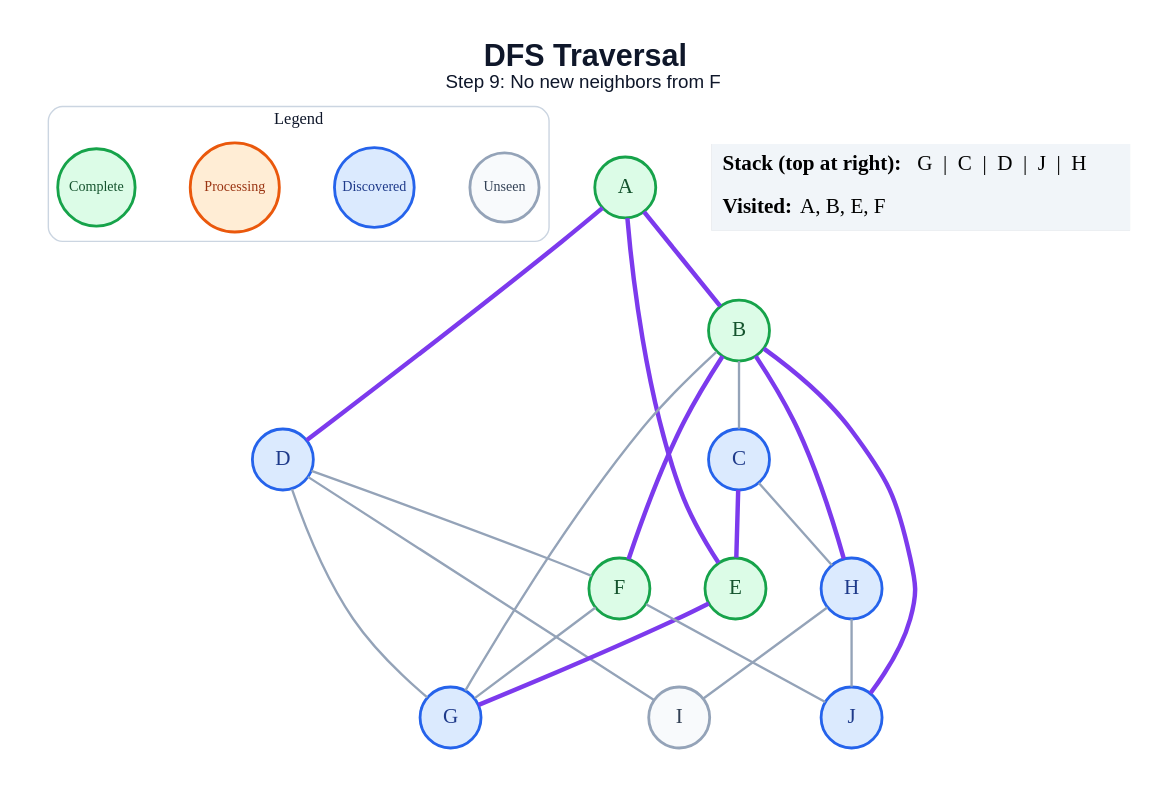
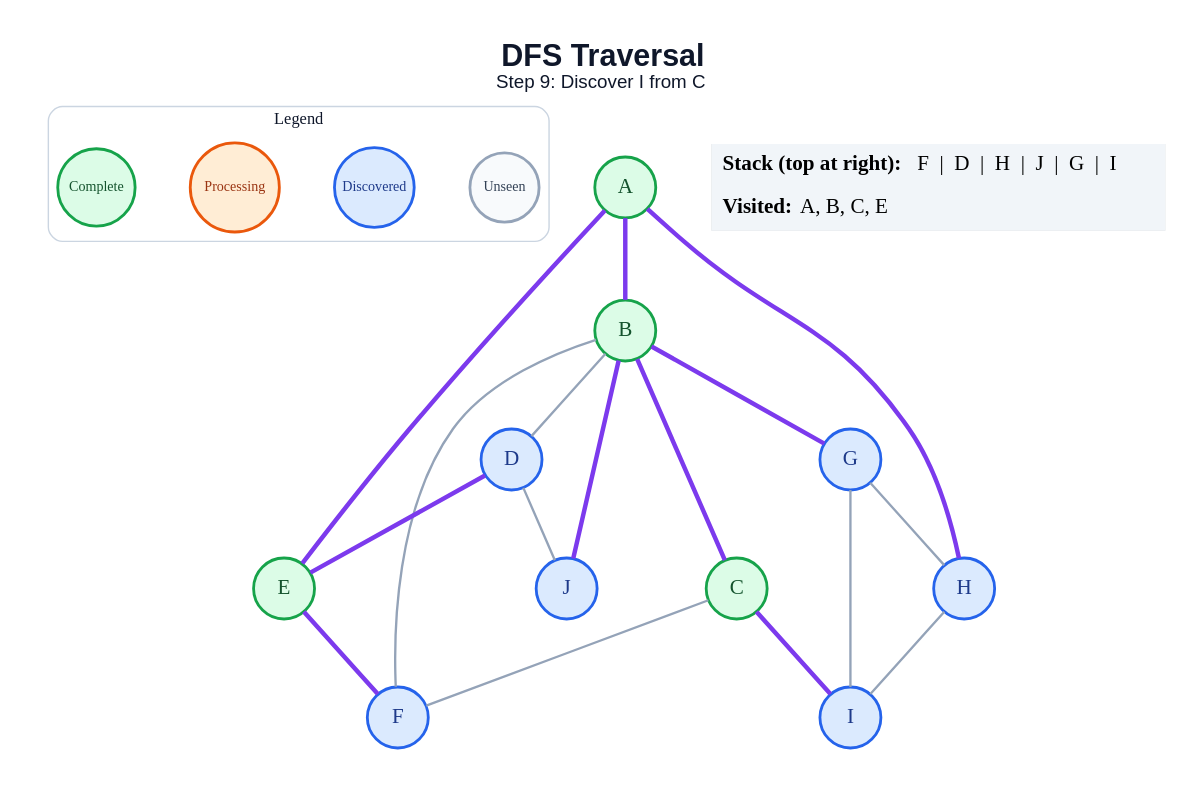
Before and after one commit to amanghodawala9/ai-slop: the diagram in generated/specific-node/dfs/step_09.dot, drawn with Graphviz. The commit also changed 178 other files, not shown here.

```diff
--- a/generated/specific-node/dfs/step_09.dot
+++ b/generated/specific-node/dfs/step_09.dot
@@ -1,47 +1,45 @@
 graph traversal {
   graph [layout=dot, rankdir=TB, bgcolor="#FFFFFF", pad="0.35", nodesep="0.65", ranksep="0.8", fontname="Arial"];
   node [shape=circle, style="filled", fontname="Arial Bold", fontsize=18, width=0.72, fixedsize=true, penwidth=2.4];
   edge [color="#94A3B8", penwidth=2.0];
-  label=<<B>DFS Traversal</B><BR/><FONT POINT-SIZE="16">Step 9: No new neighbors from F</FONT>>; labelloc="t"; fontsize=26; fontname="Arial"; fontcolor="#0F172A";
+  label=<<B>DFS Traversal</B><BR/><FONT POINT-SIZE="16">Step 9: Discover I from C</FONT>>; labelloc="t"; fontsize=26; fontname="Arial"; fontcolor="#0F172A";
   subgraph cluster_legend { label="Legend"; color="#CBD5E1"; penwidth=1.2; style="rounded"; fontsize=14; fontname="Arial Bold";
     key_unseen [label="Unseen", fillcolor="#F8FAFC", color="#94A3B8", fontcolor="#334155", fontsize=12, width=0.82];
     key_frontier [label="Discovered", fillcolor="#DBEAFE", color="#2563EB", fontcolor="#1E3A8A", fontsize=12, width=0.95];
     key_current [label="Processing", fillcolor="#FFEDD5", color="#EA580C", fontcolor="#9A3412", fontsize=12, width=1.05];
     key_done [label="Complete", fillcolor="#DCFCE7", color="#16A34A", fontcolor="#14532D", fontsize=12, width=0.92];
     { rank=same; key_unseen; key_frontier; key_current; key_done; }
   }
   A [fillcolor="#DCFCE7", color="#16A34A", fontcolor="#14532D"];
   B [fillcolor="#DCFCE7", color="#16A34A", fontcolor="#14532D"];
-  C [fillcolor="#DBEAFE", color="#2563EB", fontcolor="#1E3A8A"];
+  C [fillcolor="#DCFCE7", color="#16A34A", fontcolor="#14532D"];
   D [fillcolor="#DBEAFE", color="#2563EB", fontcolor="#1E3A8A"];
   E [fillcolor="#DCFCE7", color="#16A34A", fontcolor="#14532D"];
-  F [fillcolor="#DCFCE7", color="#16A34A", fontcolor="#14532D"];
+  F [fillcolor="#DBEAFE", color="#2563EB", fontcolor="#1E3A8A"];
   G [fillcolor="#DBEAFE", color="#2563EB", fontcolor="#1E3A8A"];
   H [fillcolor="#DBEAFE", color="#2563EB", fontcolor="#1E3A8A"];
-  I [fillcolor="#F8FAFC", color="#94A3B8", fontcolor="#334155"];
+  I [fillcolor="#DBEAFE", color="#2563EB", fontcolor="#1E3A8A"];
   J [fillcolor="#DBEAFE", color="#2563EB", fontcolor="#1E3A8A"];
   A -- B [color="#7C3AED", penwidth=3.8];
-  A -- D [color="#7C3AED", penwidth=3.8];
   A -- E [color="#7C3AED", penwidth=3.8];
-  B -- C;
-  B -- F [color="#7C3AED", penwidth=3.8];
-  B -- G;
-  B -- H [color="#7C3AED", penwidth=3.8];
+  A -- H [color="#7C3AED", penwidth=3.8];
+  B -- C [color="#7C3AED", penwidth=3.8];
+  B -- D;
+  B -- F;
+  B -- G [color="#7C3AED", penwidth=3.8];
   B -- J [color="#7C3AED", penwidth=3.8];
-  C -- E [color="#7C3AED", penwidth=3.8];
-  C -- H;
-  D -- F;
-  D -- G;
-  D -- I;
-  E -- G [color="#7C3AED", penwidth=3.8];
-  F -- G;
-  F -- J;
+  C -- F;
+  C -- I [color="#7C3AED", penwidth=3.8];
+  D -- E [color="#7C3AED", penwidth=3.8];
+  D -- J;
+  E -- F [color="#7C3AED", penwidth=3.8];
+  G -- H;
+  G -- I;
   H -- I;
-  H -- J;
   status [shape=plain, fixedsize=false, width=0, height=0, margin=0, label=<
     <TABLE BORDER="0" CELLBORDER="0" CELLPADDING="7" BGCOLOR="#F1F5F9">
-      <TR><TD ALIGN="LEFT"><B>Stack (top at right):</B> G  |  C  |  D  |  J  |  H</TD></TR>
-      <TR><TD ALIGN="LEFT"><B>Visited:</B> A, B, E, F</TD></TR>
+      <TR><TD ALIGN="LEFT"><B>Stack (top at right):</B> F  |  D  |  H  |  J  |  G  |  I</TD></TR>
+      <TR><TD ALIGN="LEFT"><B>Visited:</B> A, B, C, E</TD></TR>
     </TABLE>
   >];
 }
```
